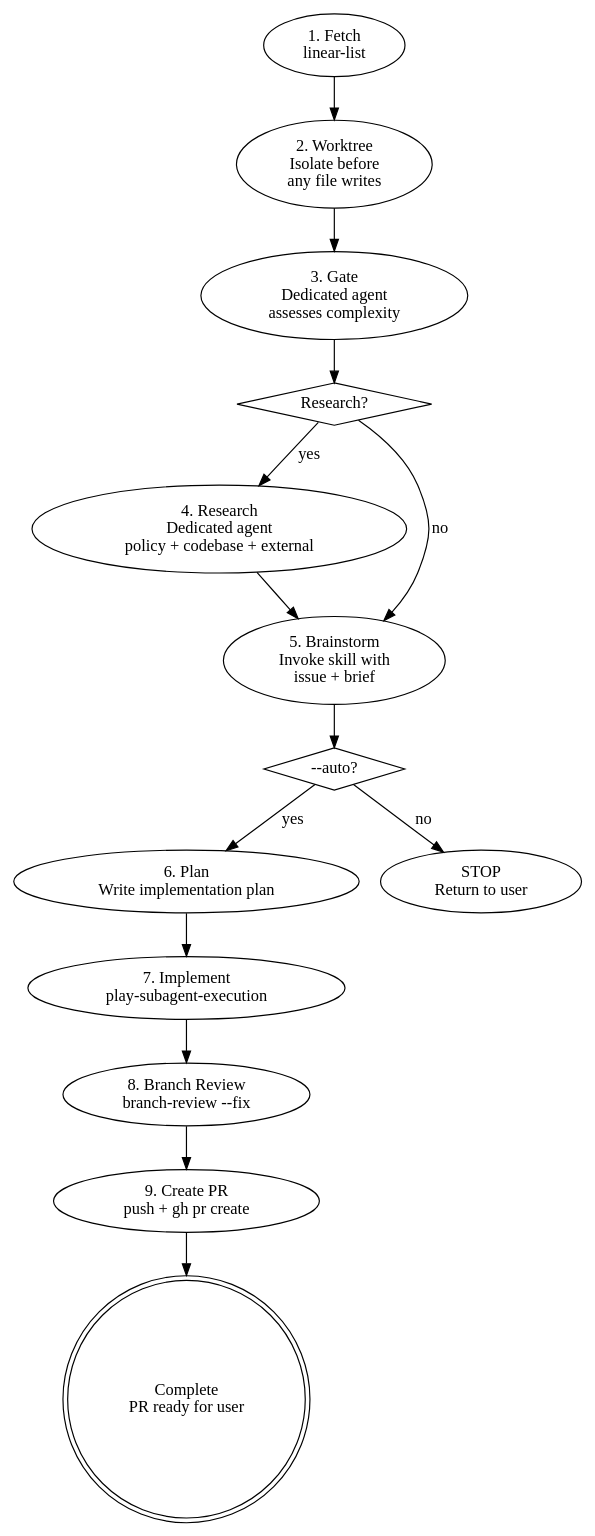
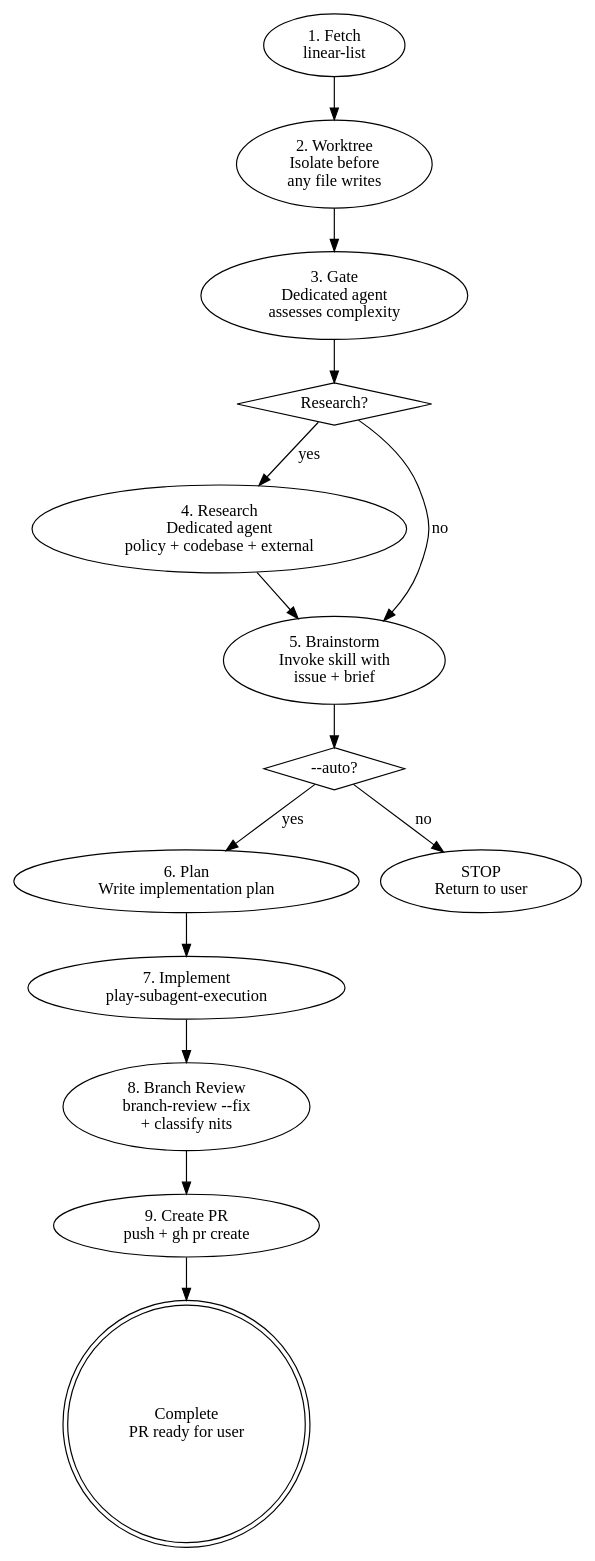
Before and after one commit to ryumiel/devcanon: the diagram in skills/linear-issue-priming/SKILL.md, drawn with Graphviz. The commit also changed 1 other file, not shown here.

Commit message:
fix(skills): align phase 8 DOT label with quick-reference cell
The Phase 8 quick-reference cell now reads `branch-review --fix +
classify nits`, but the workflow DOT graph node label still said only
`branch-review --fix`. Bring the diagram in lockstep with the table so
readers who scan the diagram first see the classification step.

Reported by branch-review at skills/github-issue-priming/SKILL.md:55
Reported by branch-review at skills/linear-issue-priming/SKILL.md:55

````diff
--- a/skills/linear-issue-priming/SKILL.md
+++ b/skills/linear-issue-priming/SKILL.md
@@ -33,27 +33,27 @@
 ```dot
 digraph priming {
   rankdir=TB;
   fetch [label="1. Fetch\nlinear-list"];
   worktree [label="2. Worktree\nIsolate before\nany file writes"];
   gate [label="3. Gate\nDedicated agent\nassesses complexity"];
   decide [label="Research?", shape=diamond];
   research [label="4. Research\nDedicated agent\npolicy + codebase + external"];
   brainstorm [label="5. Brainstorm\nInvoke skill with\nissue + brief"];
   auto_check [label="--auto?", shape=diamond];
   plan [label="6. Plan\nWrite implementation plan"];
   implement [label="7. Implement\nplay-subagent-execution"];
   stop_interactive [label="STOP\nReturn to user"];
 
   fetch -> worktree -> gate -> decide;
   decide -> research [label="yes"];
   decide -> brainstorm [label="no"];
   research -> brainstorm;
   brainstorm -> auto_check;
   auto_check -> plan [label="yes"];
   auto_check -> stop_interactive [label="no"];
   plan -> implement -> review -> create_pr -> done;
-  review [label="8. Branch Review\nbranch-review --fix"];
+  review [label="8. Branch Review\nbranch-review --fix\n+ classify nits"];
   create_pr [label="9. Create PR\npush + gh pr create"];
   done [label="Complete\nPR ready for user", shape=doublecircle];
 }
 ```
````
